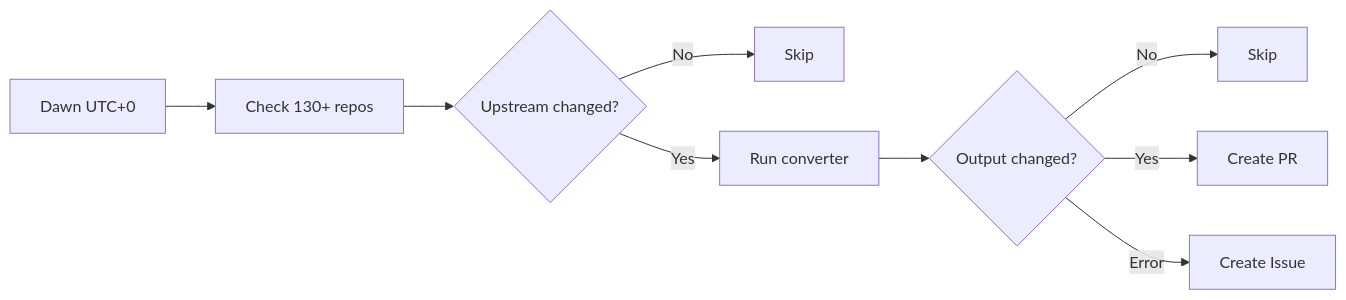
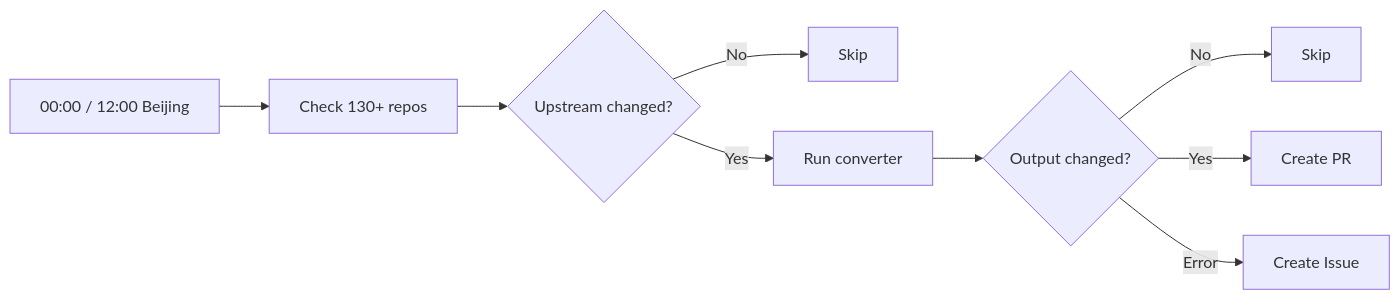
One commit to coc-plugin/coc-vscode-loader changed the diagram in README.md. Above: the diagram before and after it, drawn with Mermaid. The commit also changed 2 other files, not shown here.

Commit message:
ci(registry-check): run registry update check twice daily The registry update check workflow now runs at both 04:00 UTC and 16:00 UTC (corresponding to 12:00 and 00:00 Beijing time), instead of once daily at 06:00 UTC. - Change cron schedule from single `0 6 * * *` to dual `0 16 * * *` and `0 4 * * *` - Update AGENTS.md to document the new schedule with Beijing timezone - Update README.md mermaid diagram to reflect the change

````diff
--- a/README.md
+++ b/README.md
@@ -44,11 +44,11 @@
 ```mermaid
 flowchart LR
-  A[Dawn UTC+0] --> B[Check 130+ repos]
+  A[00:00 / 12:00 Beijing] --> B[Check 130+ repos]
   B --> C{Upstream changed?}
   C -->|No| D[Skip]
   C -->|Yes| E[Run converter]
   E --> F{Output changed?}
   F -->|No| G[Skip]
   F -->|Yes| H[Create PR]
   F -->|Error| I[Create Issue]
 ```
````
